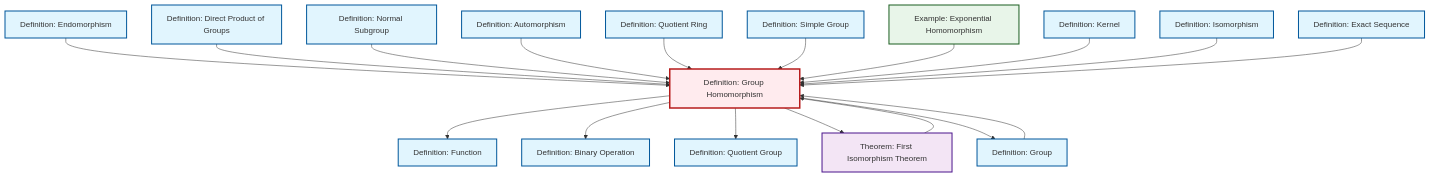
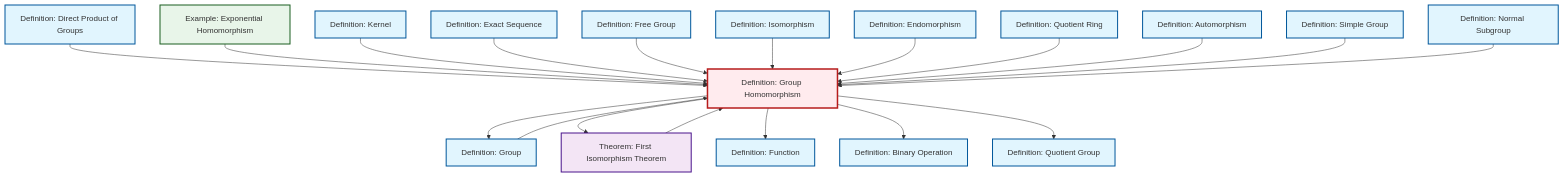
One commit to RK0429/ModernMath changed the diagram in content/en/algebra/def-homomorphism.qmd. Above: the diagram before and after it, drawn with Mermaid. The commit also changed other lines of this file and 1012 other files, not shown here.

````diff
--- a/content/en/algebra/def-homomorphism.qmd
+++ b/content/en/algebra/def-homomorphism.qmd
@@ -62,58 +62,61 @@
 ```{mermaid}
 %%| fig-cap: "Local dependency graph"
 graph TD
     classDef definition fill:#e1f5fe,stroke:#01579b,stroke-width:2px
     classDef theorem fill:#f3e5f5,stroke:#4a148c,stroke-width:2px
     classDef axiom fill:#fff3e0,stroke:#e65100,stroke-width:2px
     classDef example fill:#e8f5e9,stroke:#1b5e20,stroke-width:2px
     classDef current fill:#ffebee,stroke:#b71c1c,stroke-width:3px
+    def-endomorphism["Definition: Endomorphism"]:::definition
+    def-simple-group["Definition: Simple Group"]:::definition
+    def-exact-sequence["Definition: Exact Sequence"]:::definition
+    def-kernel["Definition: Kernel"]:::definition
     ex-exponential-homomorphism["Example: Exponential Homomorphism"]:::example
     def-automorphism["Definition: Automorphism"]:::definition
+    def-isomorphism["Definition: Isomorphism"]:::definition
+    def-binary-operation["Definition: Binary Operation"]:::definition
+    def-free-group["Definition: Free Group"]:::definition
+    def-quotient-ring["Definition: Quotient Ring"]:::definition
+    def-normal-subgroup["Definition: Normal Subgroup"]:::definition
     def-function["Definition: Function"]:::definition
-    def-endomorphism["Definition: Endomorphism"]:::definition
-    def-normal-subgroup["Definition: Normal Subgroup"]:::definition
-    def-binary-operation["Definition: Binary Operation"]:::definition
-    def-isomorphism["Definition: Isomorphism"]:::definition
-    def-quotient-ring["Definition: Quotient Ring"]:::definition
-    def-exact-sequence["Definition: Exact Sequence"]:::definition
+    def-homomorphism["Definition: Group Homomorphism"]:::definition
+    def-quotient-group["Definition: Quotient Group"]:::definition
     def-direct-product["Definition: Direct Product of Groups"]:::definition
     thm-first-isomorphism["Theorem: First Isomorphism Theorem"]:::theorem
-    def-quotient-group["Definition: Quotient Group"]:::definition
-    def-homomorphism["Definition: Group Homomorphism"]:::definition
-    def-simple-group["Definition: Simple Group"]:::definition
-    def-kernel["Definition: Kernel"]:::definition
     def-group["Definition: Group"]:::definition
-    def-endomorphism --> def-homomorphism
+    def-homomorphism --> def-group
     def-direct-product --> def-homomorphism
-    def-normal-subgroup --> def-homomorphism
-    def-homomorphism --> def-function
-    thm-first-isomorphism --> def-homomorphism
-    def-automorphism --> def-homomorphism
-    def-quotient-ring --> def-homomorphism
-    def-simple-group --> def-homomorphism
-    def-homomorphism --> def-binary-operation
-    def-homomorphism --> def-quotient-group
-    def-homomorphism --> thm-first-isomorphism
     ex-exponential-homomorphism --> def-homomorphism
     def-kernel --> def-homomorphism
+    def-homomorphism --> thm-first-isomorphism
+    def-homomorphism --> def-function
+    def-homomorphism --> def-binary-operation
+    def-exact-sequence --> def-homomorphism
     def-group --> def-homomorphism
+    def-free-group --> def-homomorphism
+    thm-first-isomorphism --> def-homomorphism
     def-isomorphism --> def-homomorphism
-    def-homomorphism --> def-group
-    def-exact-sequence --> def-homomorphism
+    def-endomorphism --> def-homomorphism
+    def-quotient-ring --> def-homomorphism
+    def-homomorphism --> def-quotient-group
+    def-automorphism --> def-homomorphism
+    def-simple-group --> def-homomorphism
+    def-normal-subgroup --> def-homomorphism
     class def-homomorphism current
+    click def-endomorphism "def-endomorphism.html" "Go to Endomorphism definition"
+    click def-simple-group "def-simple-group.html" "Go to Simple Group definition"
+    click def-exact-sequence "def-exact-sequence.html" "Go to Exact Sequence definition"
+    click def-kernel "def-kernel.html" "Go to Kernel definition"
     click ex-exponential-homomorphism "ex-exponential-homomorphism.html" "Go to Exponential Homomorphism example"
     click def-automorphism "def-automorphism.html" "Go to Automorphism definition"
+    click def-isomorphism "def-isomorphism.html" "Go to Isomorphism definition"
+    click def-binary-operation "def-binary-operation.html" "Go to Binary Operation definition"
+    click def-free-group "def-free-group.html" "Go to Free Group definition"
+    click def-quotient-ring "def-quotient-ring.html" "Go to Quotient Ring definition"
+    click def-normal-subgroup "def-normal-subgroup.html" "Go to Normal Subgroup definition"
     click def-function "def-function.html" "Go to Function definition"
-    click def-endomorphism "def-endomorphism.html" "Go to Endomorphism definition"
-    click def-normal-subgroup "def-normal-subgroup.html" "Go to Normal Subgroup definition"
-    click def-binary-operation "def-binary-operation.html" "Go to Binary Operation definition"
-    click def-isomorphism "def-isomorphism.html" "Go to Isomorphism definition"
-    click def-quotient-ring "def-quotient-ring.html" "Go to Quotient Ring definition"
-    click def-exact-sequence "def-exact-sequence.html" "Go to Exact Sequence definition"
+    click def-quotient-group "def-quotient-group.html" "Go to Quotient Group definition"
     click def-direct-product "def-direct-product.html" "Go to Direct Product of Groups definition"
     click thm-first-isomorphism "thm-first-isomorphism.html" "Go to First Isomorphism Theorem theorem"
-    click def-quotient-group "def-quotient-group.html" "Go to Quotient Group definition"
-    click def-simple-group "def-simple-group.html" "Go to Simple Group definition"
-    click def-kernel "def-kernel.html" "Go to Kernel definition"
     click def-group "def-group.html" "Go to Group definition"
 ```
````
